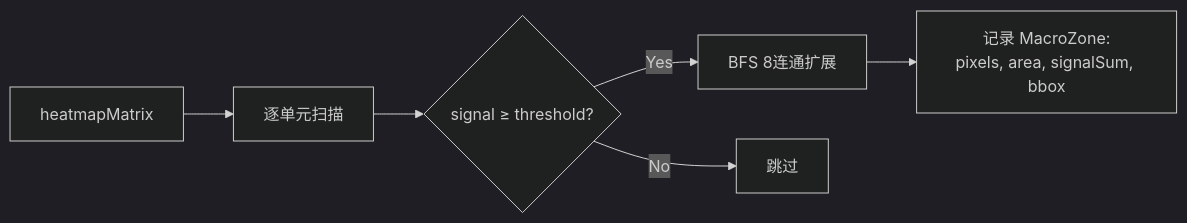
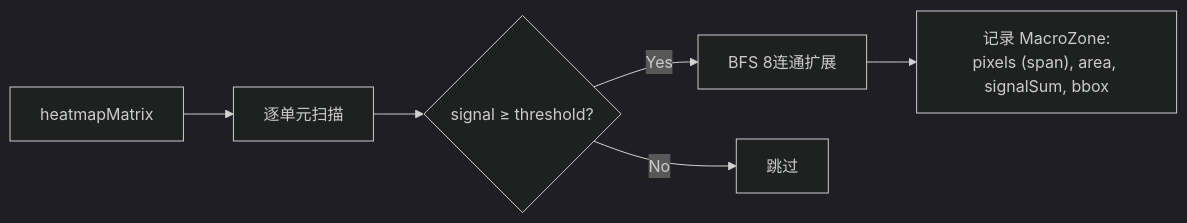
Before and after one commit to krrrak/EGoTouchRev: the fourth of 14 diagrams in docs/touch_pipeline_architecture.md, drawn with Mermaid (dark theme). The commit also changed other lines of this file and 8 other files, not shown here.

Commit message:
feat: implement speed-adaptive IIR coordinate filtering and add project architecture documentation

````diff
--- a/docs/touch_pipeline_architecture.md
+++ b/docs/touch_pipeline_architecture.md
@@ -164,8 +200,8 @@
 ```mermaid
 flowchart LR
     HEAT["heatmapMatrix"] --> SCAN["逐单元扫描"]
     SCAN --> THR{"signal ≥ threshold?"}
     THR -- "Yes" --> BFS["BFS 8连通扩展"]
-    BFS --> ZONE["记录 MacroZone:<br/>pixels, area, signalSum, bbox"]
+    BFS --> ZONE["记录 MacroZone:<br/>pixels (span), area, signalSum, bbox"]
     THR -- "No" --> SKIP["跳过"]
 ```
````
